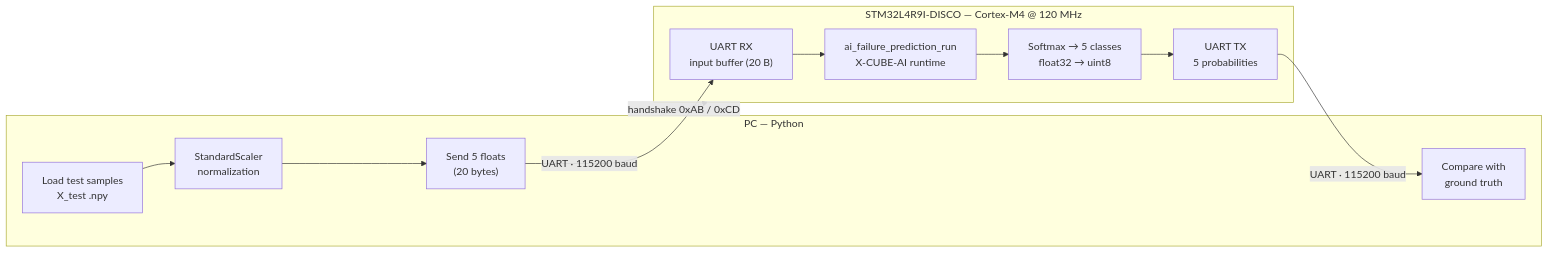
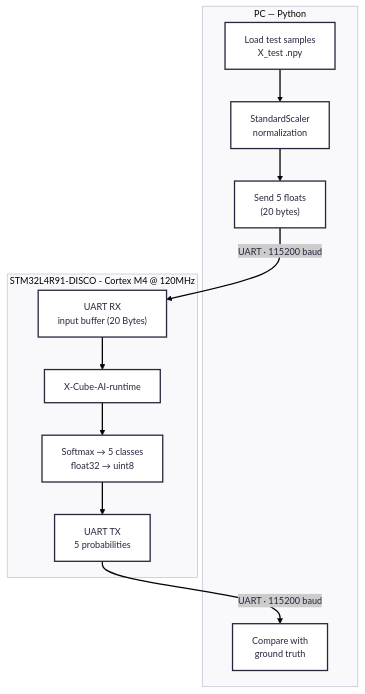
Before and after one commit to leedouardpro-code/edge-ai-predictive-maintenance-stm32: the first of 2 diagrams in README.md, drawn with Mermaid. The commit also changed other lines of this file, not shown here.

````diff
--- a/README.md
+++ b/README.md
@@ -212,23 +214,27 @@
 ```mermaid
-flowchart LR
-    subgraph PC["PC — Python"]
-        A["Load test samples<br/>X_test .npy"]
-        B["StandardScaler<br/>normalization"]
-        C["Send 5 floats<br/>(20 bytes)"]
-        H["Compare with<br/>ground truth"]
-        A --> B --> C
-    end
-
-    subgraph MCU["STM32L4R9I-DISCO — Cortex-M4 @ 120 MHz"]
-        D["UART RX<br/>input buffer (20 B)"]
-        E["ai_failure_prediction_run<br/>X-CUBE-AI runtime"]
-        F["Softmax → 5 classes<br/>float32 → uint8"]
-        G["UART TX<br/>5 probabilities"]
-        D --> E --> F --> G
-    end
-
-    C -->|"UART · 115200 baud"| D
-    G -->|"UART · 115200 baud"| H
-
-    PC -.->|"handshake 0xAB / 0xCD"| MCU
+---
+config:
+  theme: redux
+  layout: fixed
+---
+flowchart TB
+ subgraph PC["PC — Python"]
+        A["Load test samples<br>X_test .npy"]
+        B["StandardScaler<br>normalization"]
+        C["Send 5 floats<br>(20 bytes)"]
+        H["Compare with<br>ground truth"]
+  end
+ subgraph s1["STM32L4R91-DISCO - Cortex M4 @ 120MHz"]
+        n1["UART RX<br>input buffer (20 Bytes)"]
+        n2["X-Cube-AI-runtime"]
+        n3["Softmax → 5 classes<br>float32 → uint8"]
+        n4["UART TX<br>5 probabilities"]
+  end
+    A --> B
+    B --> C
+    n1 --> n2
+    n2 --> n3
+    n3 --> n4
+    n4 --> |"UART · 115200 baud"| H
+    C --> |"UART · 115200 baud"| n1
 ```
````
